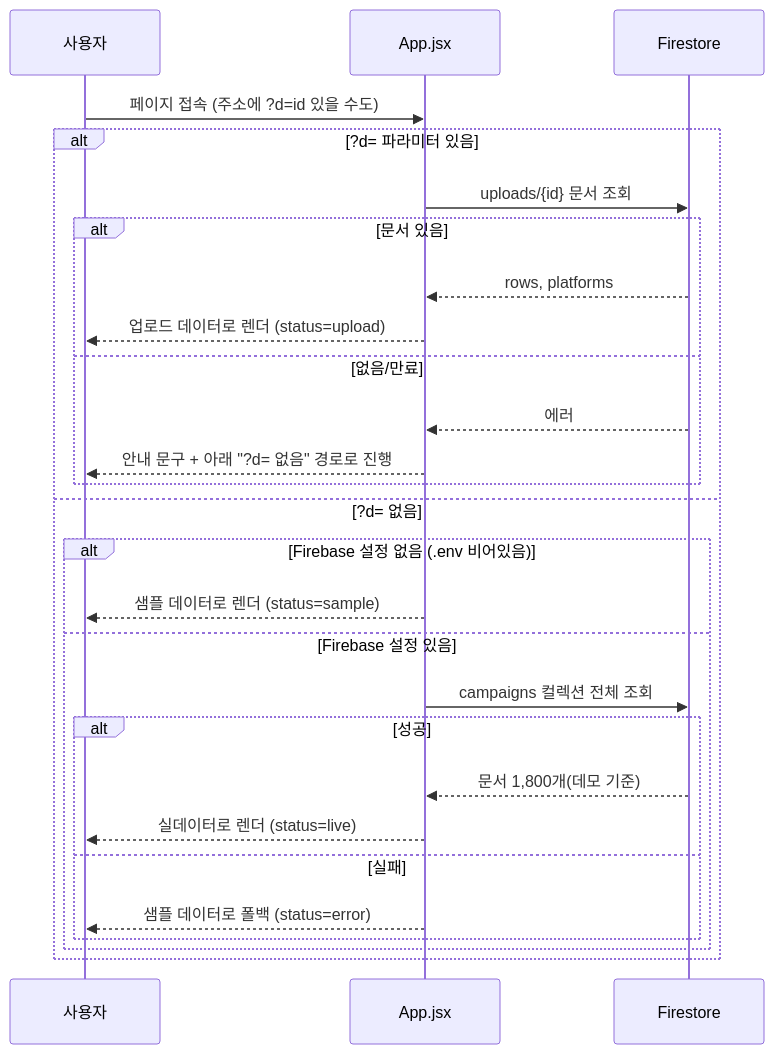
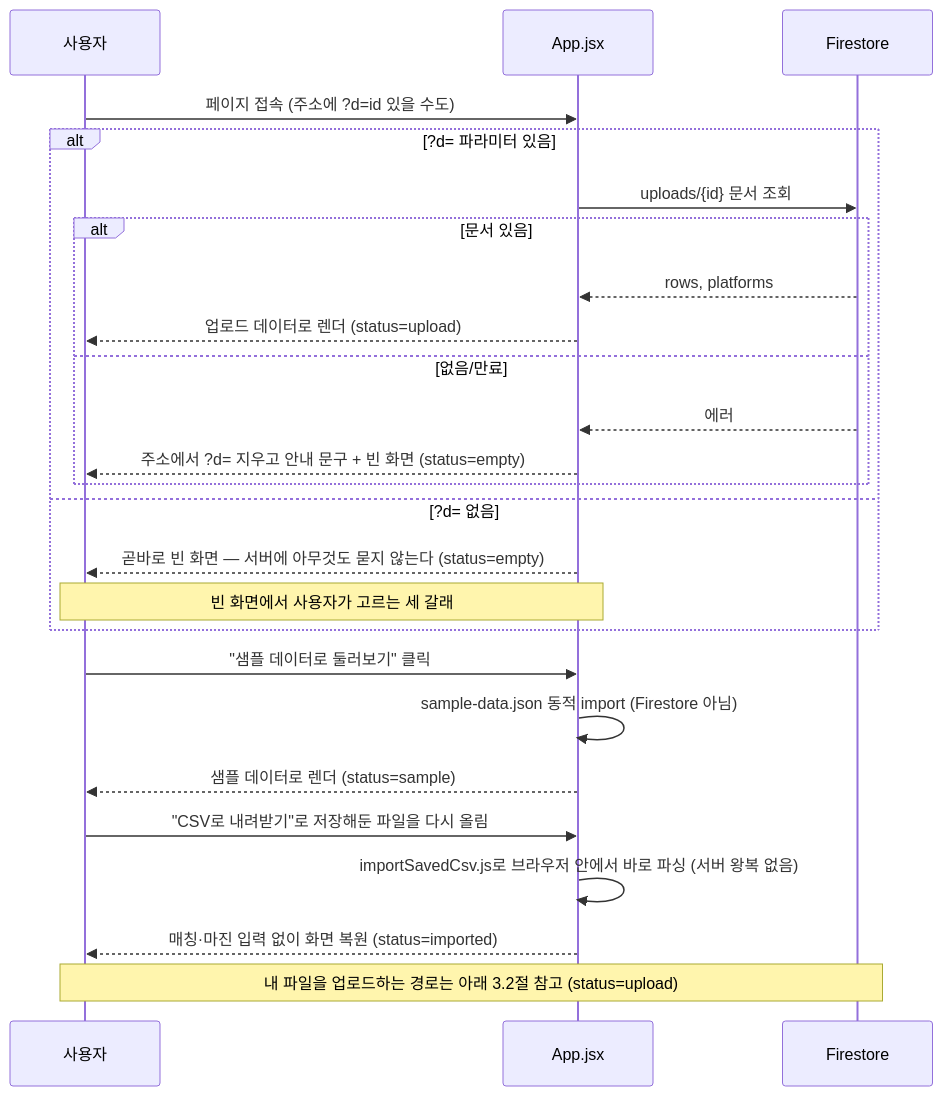
One commit to hhgkosmo0607-lgtm/lumiere_campaign changed the second of 4 diagrams in 사양서.md. Above: the diagram before and after it, drawn with Mermaid. The commit also changed other lines of this file and 11 other files, not shown here.

````diff
--- a/사양서.md
+++ b/사양서.md
@@ -109,31 +115,32 @@
 ```mermaid
 sequenceDiagram
     participant U as 사용자
     participant A as App.jsx
     participant FS as Firestore
 
     U->>A: 페이지 접속 (주소에 ?d=id 있을 수도)
 
     alt ?d= 파라미터 있음
         A->>FS: uploads/{id} 문서 조회
         alt 문서 있음
             FS-->>A: rows, platforms
             A-->>U: 업로드 데이터로 렌더 (status=upload)
         else 없음/만료
             FS-->>A: 에러
-            A-->>U: 안내 문구 + 아래 "?d= 없음" 경로로 진행
+            A-->>U: 주소에서 ?d= 지우고 안내 문구 + 빈 화면 (status=empty)
         end
     else ?d= 없음
-        alt Firebase 설정 없음 (.env 비어있음)
-            A-->>U: 샘플 데이터로 렌더 (status=sample)
-        else Firebase 설정 있음
-            A->>FS: campaigns 컬렉션 전체 조회
-            alt 성공
-                FS-->>A: 문서 1,800개(데모 기준)
-                A-->>U: 실데이터로 렌더 (status=live)
-            else 실패
-                A-->>U: 샘플 데이터로 폴백 (status=error)
-            end
-        end
+        A-->>U: 곧바로 빈 화면 — 서버에 아무것도 묻지 않는다 (status=empty)
+        Note over U,A: 빈 화면에서 사용자가 고르는 세 갈래
     end
+
+    U->>A: "샘플 데이터로 둘러보기" 클릭
+    A->>A: sample-data.json 동적 import (Firestore 아님)
+    A-->>U: 샘플 데이터로 렌더 (status=sample)
+
+    U->>A: "CSV로 내려받기"로 저장해둔 파일을 다시 올림
+    A->>A: importSavedCsv.js로 브라우저 안에서 바로 파싱 (서버 왕복 없음)
+    A-->>U: 매칭·마진 입력 없이 화면 복원 (status=imported)
+
+    Note over U,FS: 내 파일을 업로드하는 경로는 아래 3.2절 참고 (status=upload)
 ```
````
